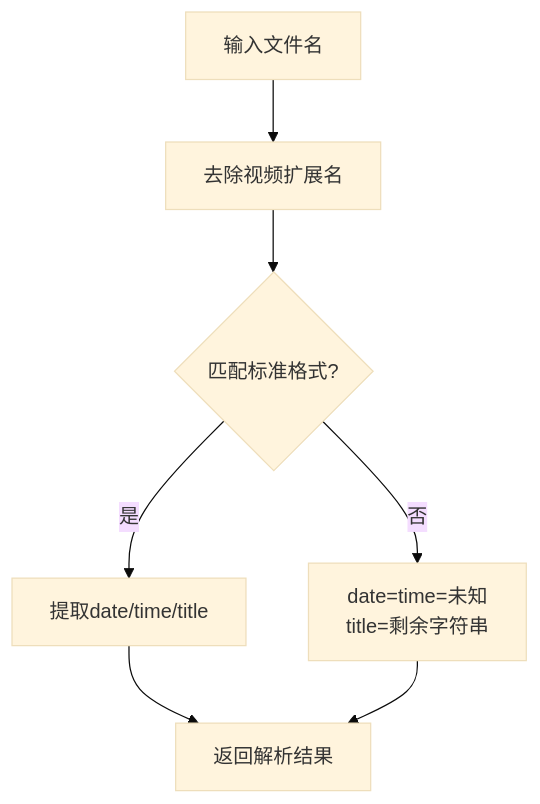
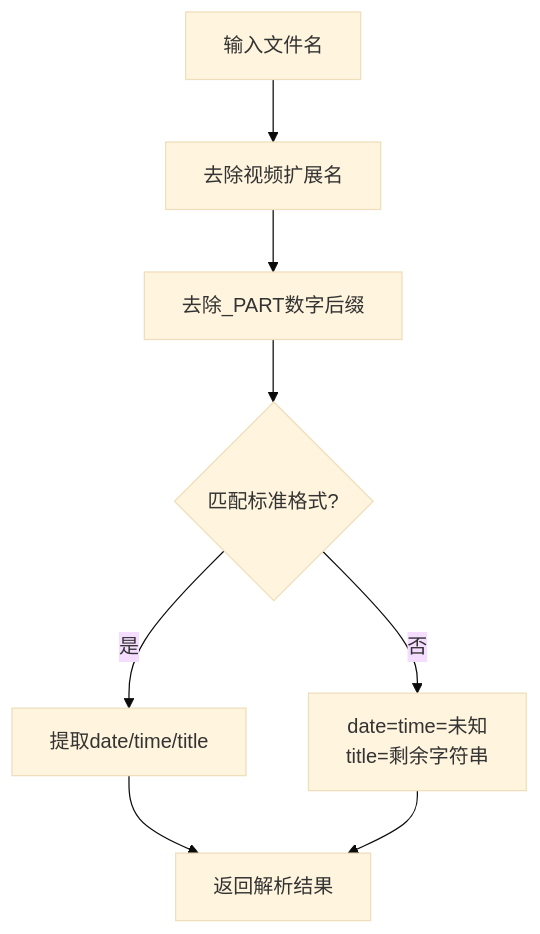
Before and after one commit to HoarfrostKimi/Video-Merger: the fifth of 10 diagrams in .qoder/repowiki/zh/content/架构设计/主进程架构/文件扫描与分组算法/文件扫描与分组算法.md, drawn with Mermaid (base theme). The commit also changed other lines of this file and 43 other files, not shown here.

````diff
--- a/.qoder/repowiki/zh/content/架构设计/主进程架构/文件扫描与分组算法/文件扫描与分组算法.md
+++ b/.qoder/repowiki/zh/content/架构设计/主进程架构/文件扫描与分组算法/文件扫描与分组算法.md
@@ -175,9 +250,10 @@
 ```mermaid
 flowchart TD
 In["输入文件名"] --> Strip["去除视频扩展名"]
-Strip --> Match{"匹配标准格式?"}
+Strip --> RemovePart["去除_PART数字后缀"]
+RemovePart --> Match{"匹配标准格式?"}
 Match --> |是| Extract["提取date/time/title"]
 Match --> |否| Fallback["date=time=未知<br/>title=剩余字符串"]
 Extract --> Out["返回解析结果"]
 Fallback --> Out
 ```
````
